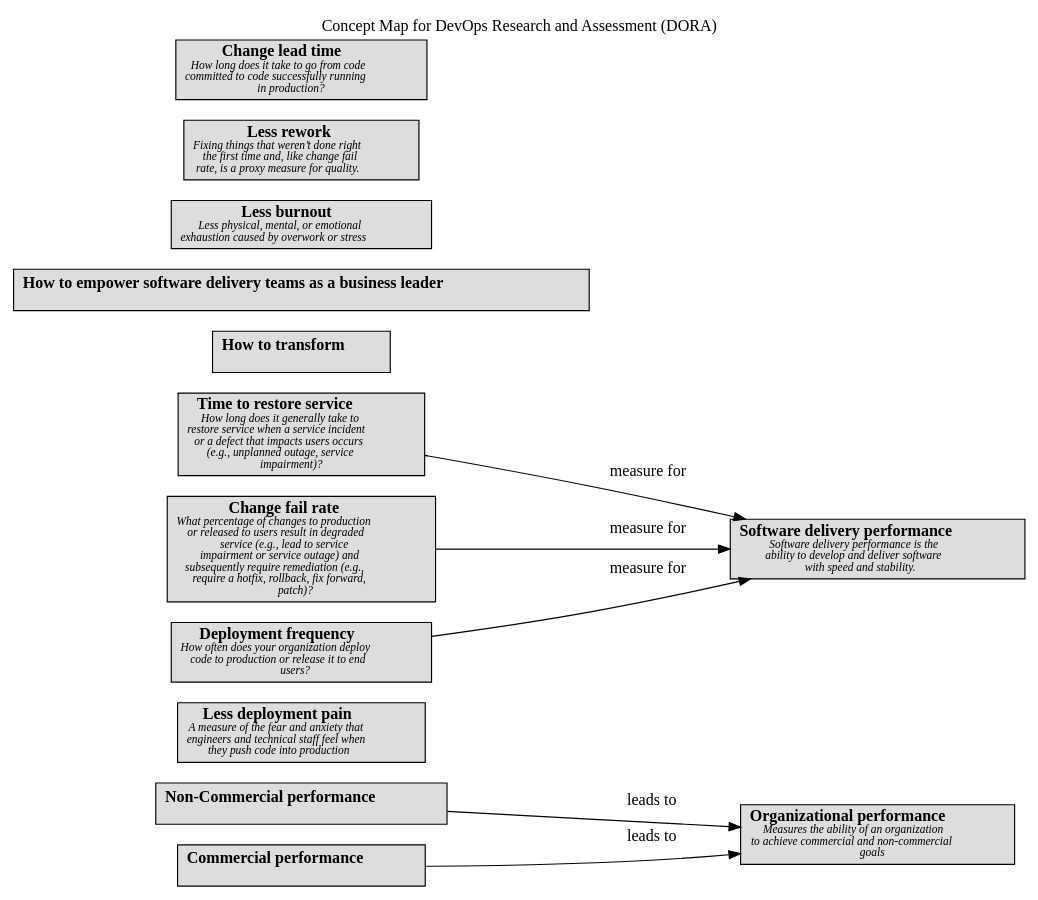
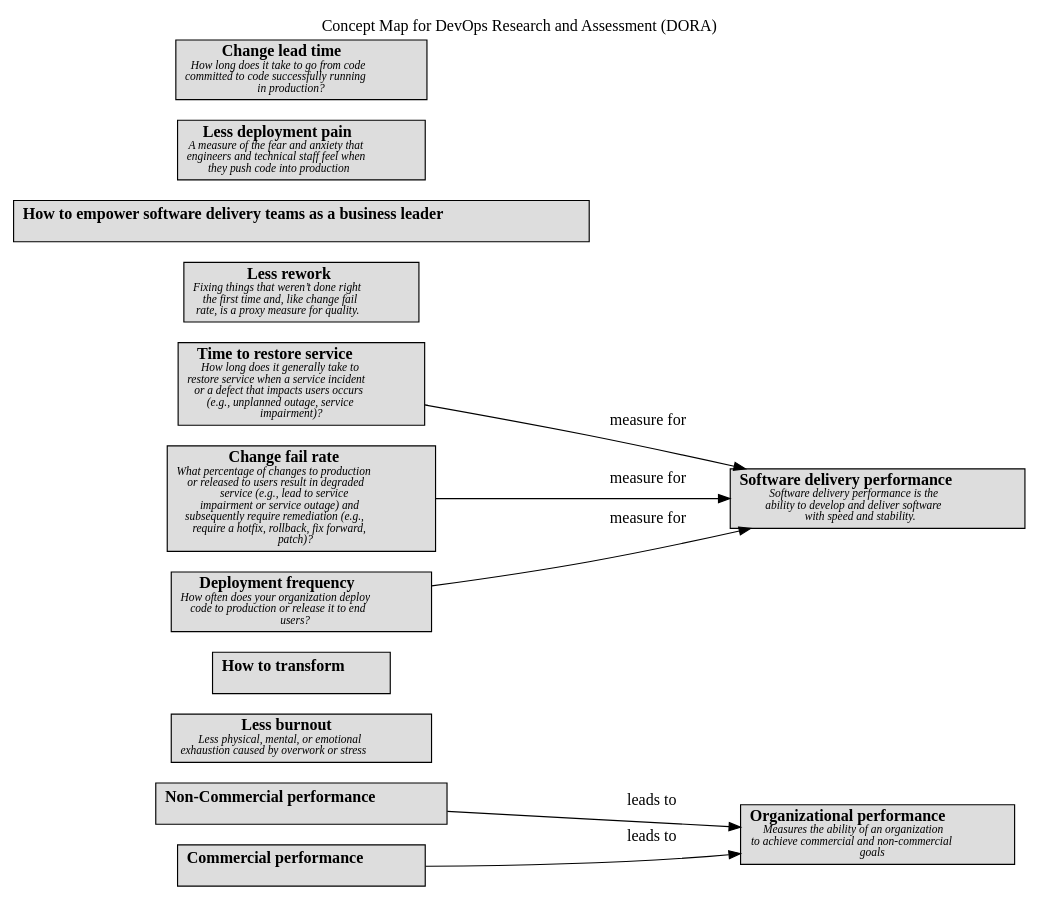
Before and after one commit to lsolbach/overarch-models: the diagram in docs/software-development/dora/concept-view.dot, drawn with Graphviz. The commit also changed other lines of this file and 137 other files, not shown here.

```diff
--- a/docs/software-development/dora/concept-view.dot
+++ b/docs/software-development/dora/concept-view.dot
@@ -1,29 +1,29 @@
 digraph "Concept Map for DevOps Research and Assessment (DORA)" {
   labelloc= "t"
   label="Concept Map for DevOps Research and Assessment (DORA)"
   rankdir="LR"
 
   layout=dot
 software_development_dora__non_commercial_performance [shape=box style=filled fillcolor="#dddddd" label=<<B>Non-Commercial performance</B><BR/><FONT POINT-SIZE="10"><I> </I></FONT>>]
-software_development_dora__less_deployment_pain [shape=box style=filled fillcolor="#dddddd" label=<<B>Less deployment pain</B><BR/><FONT POINT-SIZE="10"><I>A measure of the fear and anxiety that<BR/>engineers and technical staff feel when<BR/>they push code into production </I></FONT>>]
+software_development_dora__less_burnout [shape=box style=filled fillcolor="#dddddd" label=<<B>Less burnout</B><BR/><FONT POINT-SIZE="10"><I>Less physical, mental, or emotional<BR/>exhaustion caused by overwork or stress </I></FONT>>]
+software_development_dora__how_to_transform [shape=box style=filled fillcolor="#dddddd" label=<<B>How to transform</B><BR/><FONT POINT-SIZE="10"><I> </I></FONT>>]
 software_development_dora__software_delivery_performance [shape=box style=filled fillcolor="#dddddd" label=<<B>Software delivery performance</B><BR/><FONT POINT-SIZE="10"><I>Software delivery performance is the<BR/>ability to develop and deliver software<BR/>with speed and stability. </I></FONT>>]
 software_development_dora__time_to_restore_service [shape=box style=filled fillcolor="#dddddd" label=<<B>Time to restore service</B><BR/><FONT POINT-SIZE="10"><I>How long does it generally take to<BR/>restore service when a service incident<BR/>or a defect that impacts users occurs<BR/>(e.g., unplanned outage, service<BR/>impairment)? </I></FONT>>]
-software_development_dora__how_to_transform [shape=box style=filled fillcolor="#dddddd" label=<<B>How to transform</B><BR/><FONT POINT-SIZE="10"><I> </I></FONT>>]
+software_development_dora__less_rework [shape=box style=filled fillcolor="#dddddd" label=<<B>Less rework</B><BR/><FONT POINT-SIZE="10"><I>Fixing things that weren’t done right<BR/>the first time and, like change fail<BR/>rate, is a proxy measure for quality. </I></FONT>>]
 software_development_dora__change_fail_rate [shape=box style=filled fillcolor="#dddddd" label=<<B>Change fail rate</B><BR/><FONT POINT-SIZE="10"><I>What percentage of changes to production<BR/>or released to users result in degraded<BR/>service (e.g., lead to service<BR/>impairment or service outage) and<BR/>subsequently require remediation (e.g.,<BR/>require a hotfix, rollback, fix forward,<BR/>patch)? </I></FONT>>]
+software_development_dora__organizational_performance [shape=box style=filled fillcolor="#dddddd" label=<<B>Organizational performance</B><BR/><FONT POINT-SIZE="10"><I>Measures the ability of an organization<BR/>to achieve commercial and non-commercial<BR/>goals </I></FONT>>]
 software_development_dora__empower_software_delivery_teams_as_a_business_leader [shape=box style=filled fillcolor="#dddddd" label=<<B>How to empower software delivery teams as a business leader</B><BR/><FONT POINT-SIZE="10"><I> </I></FONT>>]
 software_development_dora__commercial_performance [shape=box style=filled fillcolor="#dddddd" label=<<B>Commercial performance</B><BR/><FONT POINT-SIZE="10"><I> </I></FONT>>]
-software_development_dora__less_burnout [shape=box style=filled fillcolor="#dddddd" label=<<B>Less burnout</B><BR/><FONT POINT-SIZE="10"><I>Less physical, mental, or emotional<BR/>exhaustion caused by overwork or stress </I></FONT>>]
-software_development_dora__less_rework [shape=box style=filled fillcolor="#dddddd" label=<<B>Less rework</B><BR/><FONT POINT-SIZE="10"><I>Fixing things that weren’t done right<BR/>the first time and, like change fail<BR/>rate, is a proxy measure for quality. </I></FONT>>]
 software_development_dora__deployment_frequency [shape=box style=filled fillcolor="#dddddd" label=<<B>Deployment frequency</B><BR/><FONT POINT-SIZE="10"><I>How often does your organization deploy<BR/>code to production or release it to end<BR/>users? </I></FONT>>]
-software_development_dora__organizational_performance [shape=box style=filled fillcolor="#dddddd" label=<<B>Organizational performance</B><BR/><FONT POINT-SIZE="10"><I>Measures the ability of an organization<BR/>to achieve commercial and non-commercial<BR/>goals </I></FONT>>]
+software_development_dora__less_deployment_pain [shape=box style=filled fillcolor="#dddddd" label=<<B>Less deployment pain</B><BR/><FONT POINT-SIZE="10"><I>A measure of the fear and anxiety that<BR/>engineers and technical staff feel when<BR/>they push code into production </I></FONT>>]
 software_development_dora__change_lead_time [shape=box style=filled fillcolor="#dddddd" label=<<B>Change lead time</B><BR/><FONT POINT-SIZE="10"><I>How long does it take to go from code<BR/>committed to code successfully running<BR/>in production? </I></FONT>>]
  
 software_development_dora__time_to_restore_service -> software_development_dora__software_delivery_performance [label=<measure for<BR/><FONT POINT-SIZE="10"><I> </I></FONT>>]
 software_development_dora__commercial_performance -> software_development_dora__organizational_performance [label=<leads to<BR/><FONT POINT-SIZE="10"><I> </I></FONT>>]
 software_development_dora__change_fail_rate -> software_development_dora__software_delivery_performance [label=<measure for<BR/><FONT POINT-SIZE="10"><I> </I></FONT>>]
 software_development_dora__non_commercial_performance -> software_development_dora__organizational_performance [label=<leads to<BR/><FONT POINT-SIZE="10"><I> </I></FONT>>]
 software_development_dora__deployment_frequency -> software_development_dora__software_delivery_performance [label=<measure for<BR/><FONT POINT-SIZE="10"><I> </I></FONT>>]
  
 }
 
 // (generated by Overarch with template views/view.dot.cmb)
```
